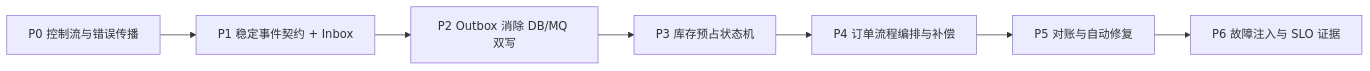
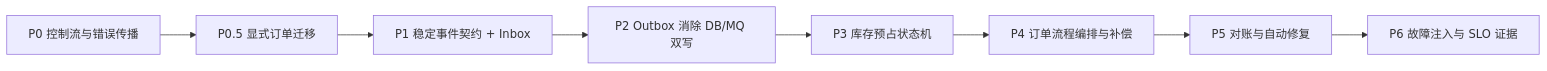
One commit to jiahuipaung/gorder changed the first of 2 diagrams in docs/architecture/evolution.md. Above: the diagram before and after it, drawn with Mermaid. The commit also changed other lines of this file and 9 other files, not shown here.

````diff
--- a/docs/architecture/evolution.md
+++ b/docs/architecture/evolution.md
@@ -22,9 +23,10 @@
 ```mermaid
 flowchart LR
-    P0[P0 控制流与错误传播] --> P1[P1 稳定事件契约 + Inbox]
+    P0[P0 控制流与错误传播] --> P05[P0.5 显式订单迁移]
+    P05 --> P1[P1 稳定事件契约 + Inbox]
     P1 --> P2[P2 Outbox 消除 DB/MQ 双写]
     P2 --> P3[P3 库存预占状态机]
     P3 --> P4[P4 订单流程编排与补偿]
     P4 --> P5[P5 对账与自动修复]
     P5 --> P6[P6 故障注入与 SLO 证据]
 ```
````
